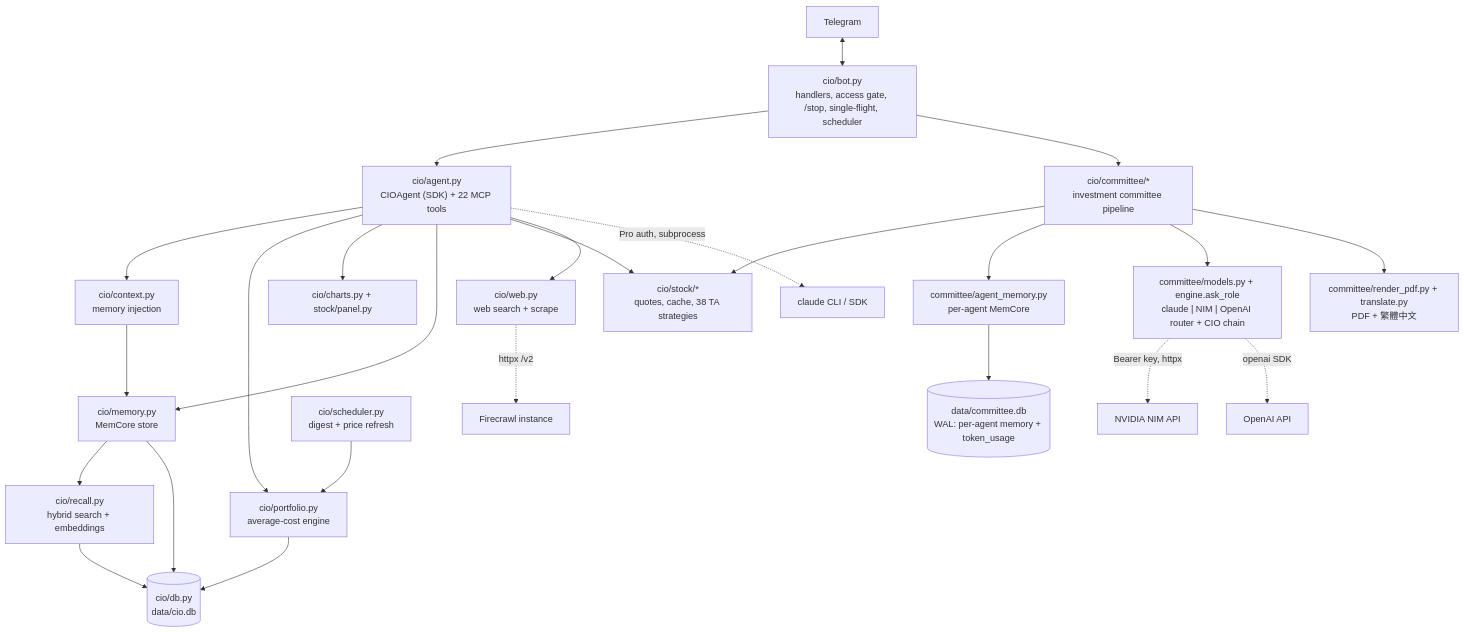
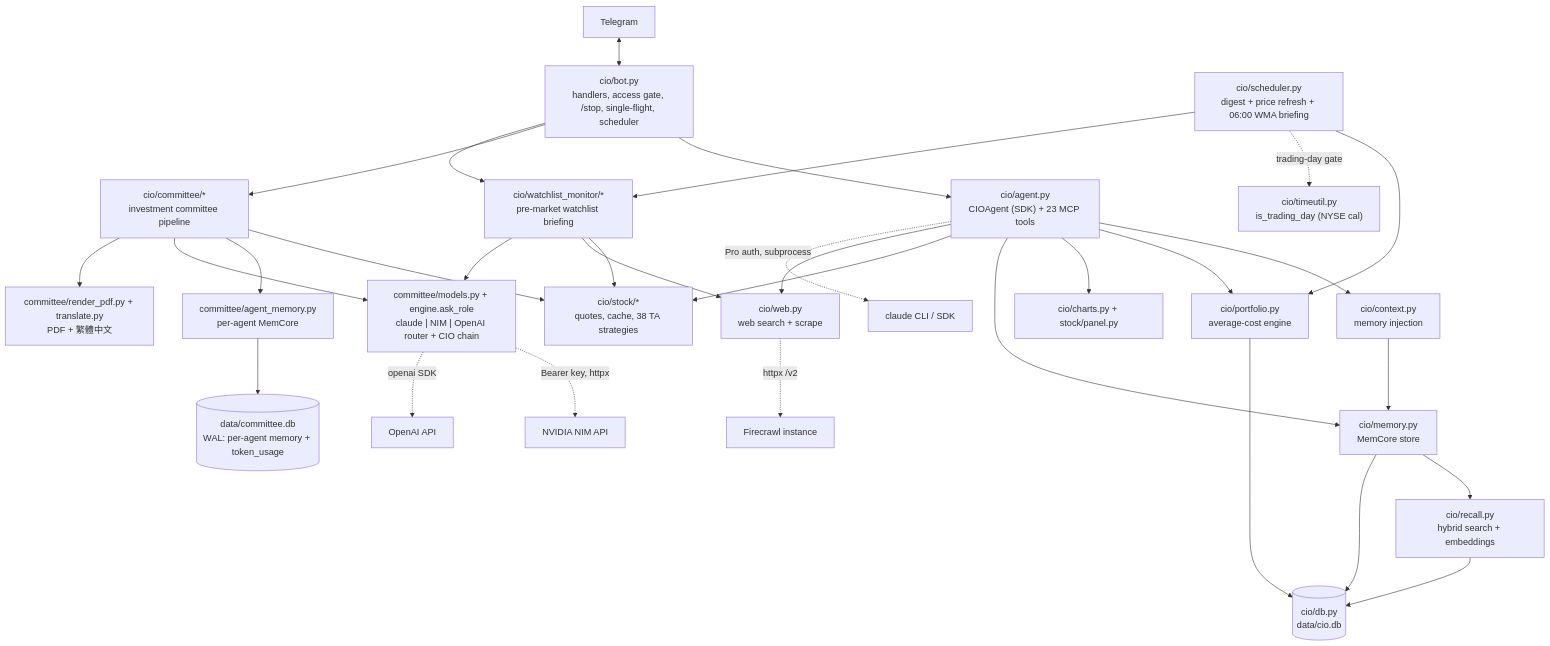
Before and after one commit to cloudaipro/CIOAgent: the first of 6 diagrams in docs/TECHNICAL_REPORT.md, drawn with Mermaid. The commit also changed other lines of this file and 19 other files, not shown here.

First line of the commit message:
feat(wma): Watchlist Monitoring Agent — pre-market briefing

````diff
--- a/docs/TECHNICAL_REPORT.md
+++ b/docs/TECHNICAL_REPORT.md
@@ -35,27 +38,33 @@
 ```mermaid
 flowchart TD
     TG["Telegram"] <--> BOT["cio/bot.py<br/>handlers, access gate, /stop, single-flight, scheduler"]
-    BOT --> AGENT["cio/agent.py<br/>CIOAgent (SDK) + 22 MCP tools"]
+    BOT --> AGENT["cio/agent.py<br/>CIOAgent (SDK) + 23 MCP tools"]
     BOT --> COMM["cio/committee/*<br/>investment committee pipeline"]
+    BOT --> WMA["cio/watchlist_monitor/*<br/>pre-market watchlist briefing"]
     AGENT --> CTX["cio/context.py<br/>memory injection"]
     AGENT --> PORT["cio/portfolio.py<br/>average-cost engine"]
     AGENT --> CHARTS["cio/charts.py + stock/panel.py"]
     AGENT --> MEM["cio/memory.py<br/>MemCore store"]
     AGENT --> STK["cio/stock/*<br/>quotes, cache, 38 TA strategies"]
     AGENT --> WEB["cio/web.py<br/>web search + scrape"]
     MEM --> RECALL["cio/recall.py<br/>hybrid search + embeddings"]
     CTX --> MEM
     COMM --> STK
     COMM --> AMEM["committee/agent_memory.py<br/>per-agent MemCore"]
     COMM --> MODELS["committee/models.py + engine.ask_role<br/>claude | NIM | OpenAI router + CIO chain"]
     COMM --> PDF["committee/render_pdf.py + translate.py<br/>PDF + 繁體中文"]
     AMEM --> CDB[("data/committee.db<br/>WAL: per-agent memory + token_usage")]
     PORT --> DB[("cio/db.py<br/>data/cio.db")]
     MEM --> DB
     RECALL --> DB
-    SCHED["cio/scheduler.py<br/>digest + price refresh"] --> PORT
+    SCHED["cio/scheduler.py<br/>digest + price refresh + 06:00 WMA briefing"] --> PORT
+    SCHED -. "trading-day gate" .-> TU["cio/timeutil.py<br/>is_trading_day (NYSE cal)"]
+    SCHED --> WMA
+    WMA --> STK
+    WMA --> WEB
+    WMA --> MODELS
     AGENT -. "Pro auth, subprocess" .-> CLAUDE["claude CLI / SDK"]
     WEB -. "httpx /v2" .-> FC["Firecrawl instance"]
     MODELS -. "Bearer key, httpx" .-> NIM["NVIDIA NIM API"]
     MODELS -. "openai SDK" .-> OAI["OpenAI API"]
 ```
````
